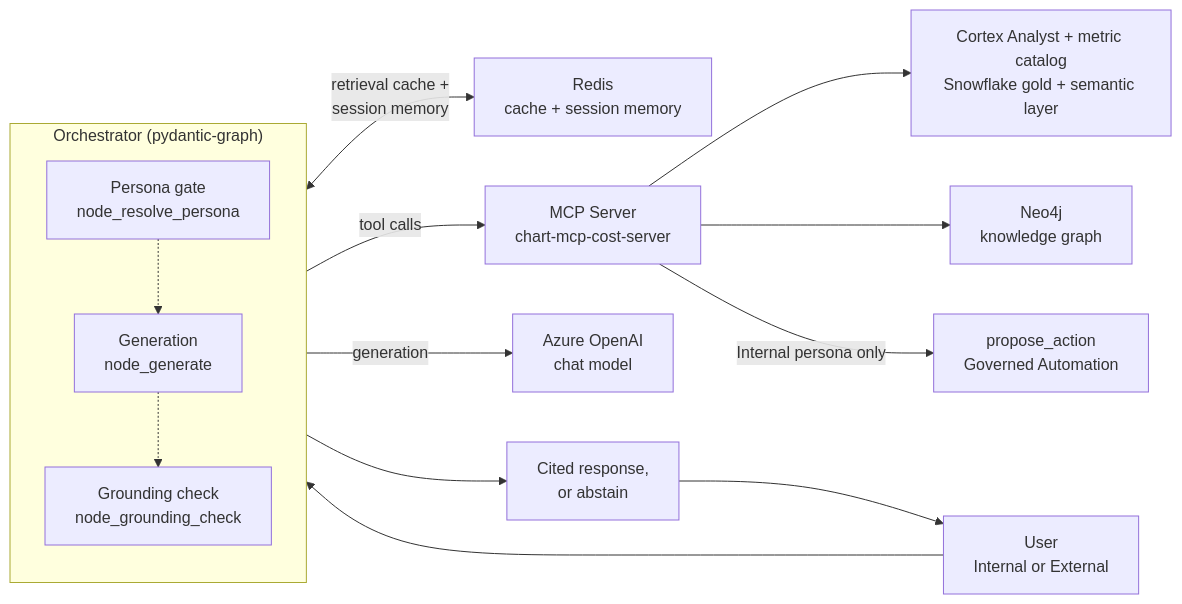
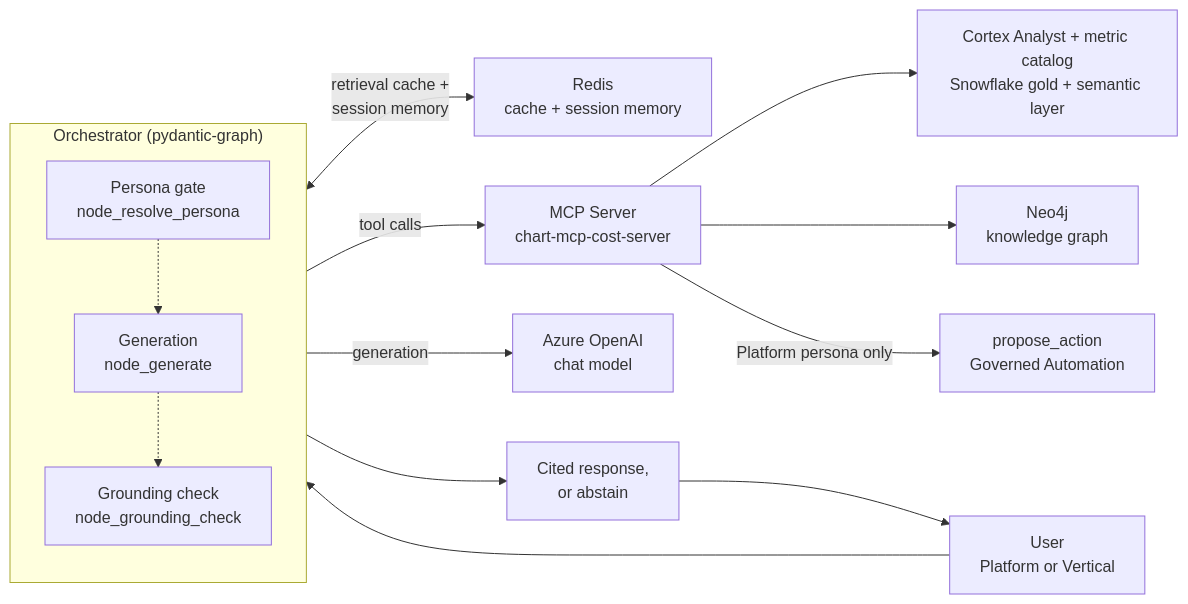
Before and after one commit to mbnest/finops-intelligence-platform: the first of 3 diagrams in docs/Solution_Architecture_Cloud_Workbench.md, drawn with Mermaid. The commit also changed other lines of this file and 4 other files, not shown here.

````diff
--- a/docs/Solution_Architecture_Cloud_Workbench.md
+++ b/docs/Solution_Architecture_Cloud_Workbench.md
@@ -60,26 +60,26 @@
 ```mermaid
 flowchart LR
-    U["User<br/>Internal or External"] --> ORCH
+    U["User<br/>Platform or Vertical"] --> ORCH
 
     subgraph ORCH["Orchestrator (pydantic-graph)"]
         direction TB
         PERSONA["Persona gate<br/>node_resolve_persona"]
         GEN["Generation<br/>node_generate"]
         GUARD["Grounding check<br/>node_grounding_check"]
         PERSONA -.-> GEN
         GEN -.-> GUARD
     end
 
     ORCH <-->|retrieval cache +<br/>session memory| CACHE["Redis<br/>cache + session memory"]
 
     ORCH -->|tool calls| MCP["MCP Server<br/>chart-mcp-cost-server"]
 
     MCP --> SF["Cortex Analyst + metric catalog<br/>Snowflake gold + semantic layer"]
     MCP --> N4["Neo4j<br/>knowledge graph"]
-    MCP -->|Internal persona only| ACT["propose_action<br/>Governed Automation"]
+    MCP -->|Platform persona only| ACT["propose_action<br/>Governed Automation"]
 
     ORCH -->|generation| LLM["Azure OpenAI<br/>chat model"]
 
     ORCH --> RESP["Cited response,<br/>or abstain"]
     RESP --> U
 ```
````
